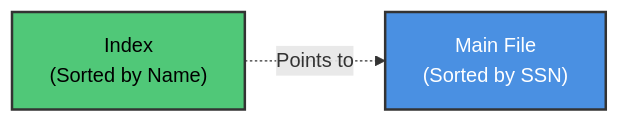
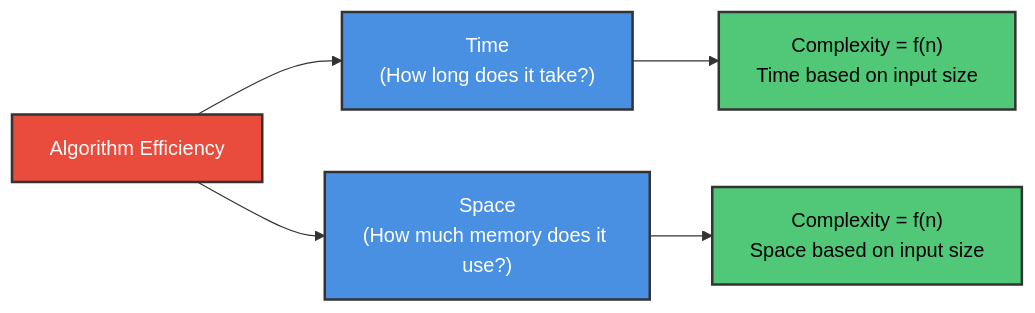
One commit to M-F-Tushar/CSE-2101-Data-Structure changed diagram 20 of 29 in Chapter 1 - Introduction and Overview/README.md. Above: the diagram before and after it, drawn with Mermaid. The commit also changed other lines of this file, not shown here.

````diff
--- a/Chapter 1 - Introduction and Overview/README.md
+++ b/Chapter 1 - Introduction and Overview/README.md
@@ -1006,8 +686,14 @@
 ```mermaid
 graph LR
-    A["Main File<br/>(Sorted by SSN)"] 
-    B["Index<br/>(Sorted by Name)"] -.->|Points to| A
+    A["Algorithm Efficiency"] --> B["Time<br/>(How long does it take?)"]
+    A --> C["Space<br/>(How much memory does it use?)"]
     
-    style A fill:#4A90E2,stroke:#333,stroke-width:2px,color:#fff
-    style B fill:#50C878,stroke:#333,stroke-width:2px,color:#000
+    B --> D["Complexity = f(n)<br/>Time based on input size"]
+    C --> E["Complexity = f(n)<br/>Space based on input size"]
+    
+    style A fill:#E94B3C,stroke:#333,stroke-width:2px,color:#fff
+    style B fill:#4A90E2,stroke:#333,stroke-width:2px,color:#fff
+    style C fill:#4A90E2,stroke:#333,stroke-width:2px,color:#fff
+    style D fill:#50C878,stroke:#333,stroke-width:2px,color:#000
+    style E fill:#50C878,stroke:#333,stroke-width:2px,color:#000
 ```
````
